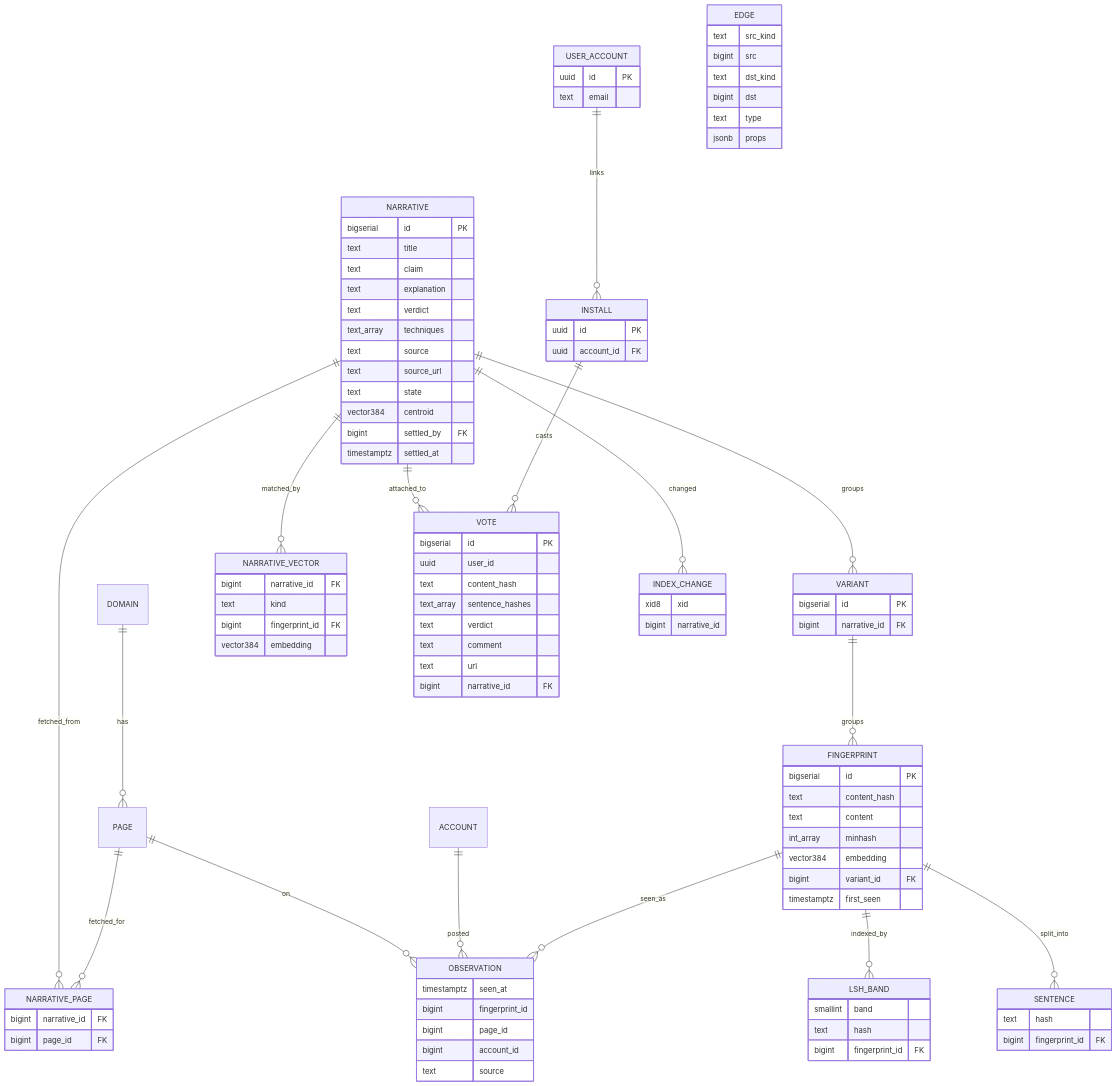
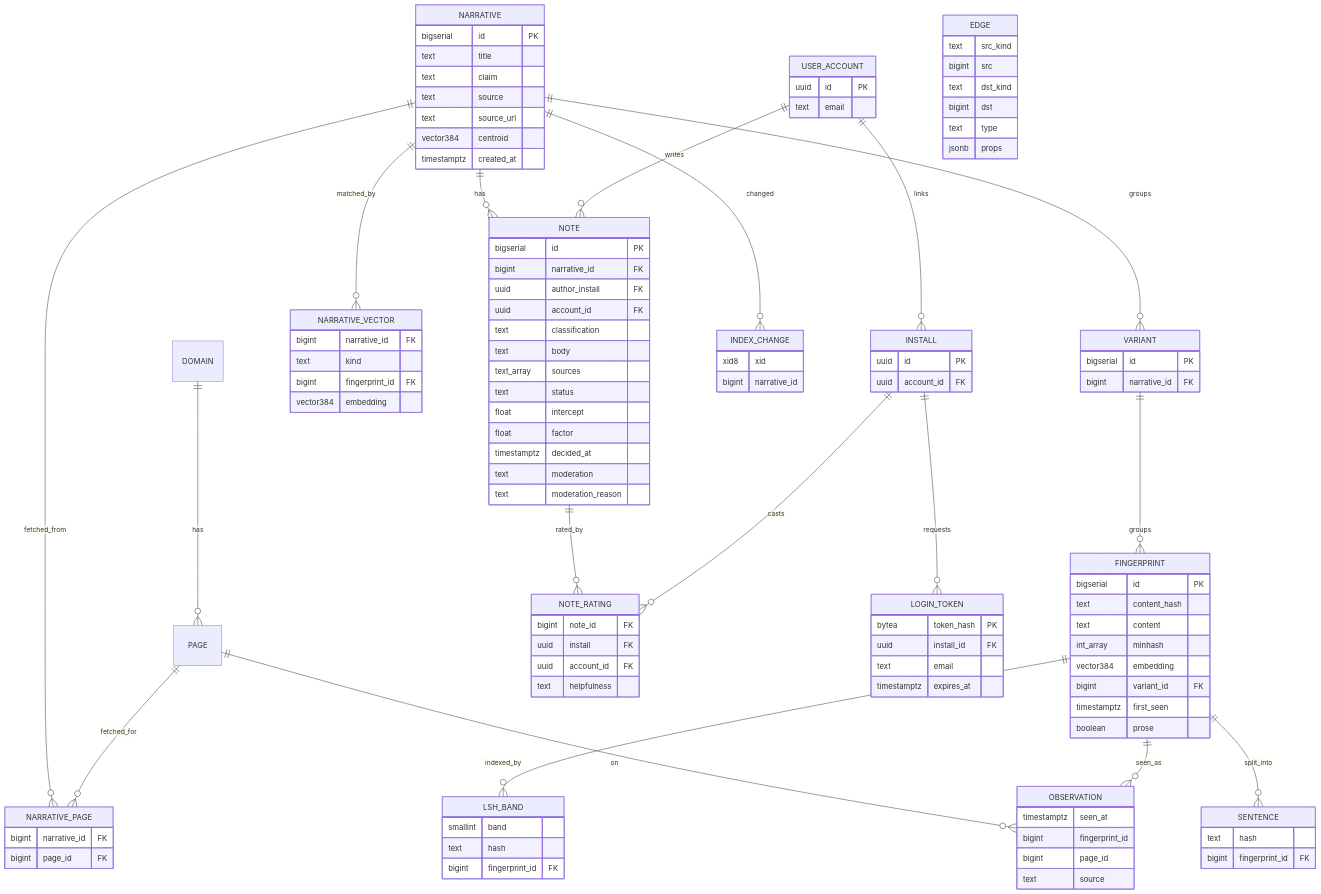
The second of 2 diagrams in docs/data-model.md (nlinnanen/konklaavi), drawn with Mermaid before and after one commit. The commit also changed other lines of this file and 6 other files, not shown here.

```diff
--- a/docs/data-model.md
+++ b/docs/data-model.md
@@ -45,7 +43,6 @@
 erDiagram
   DOMAIN ||--o{ PAGE : has
   PAGE ||--o{ OBSERVATION : on
-  ACCOUNT ||--o{ OBSERVATION : posted
   FINGERPRINT ||--o{ OBSERVATION : seen_as
   FINGERPRINT ||--o{ SENTENCE : split_into
   FINGERPRINT ||--o{ LSH_BAND : indexed_by
@@ -54,16 +51,18 @@
   NARRATIVE ||--o{ NARRATIVE_VECTOR : matched_by
   NARRATIVE ||--o{ NARRATIVE_PAGE : fetched_from
   PAGE ||--o{ NARRATIVE_PAGE : fetched_for
-  NARRATIVE ||--o{ VOTE : attached_to
+  NARRATIVE ||--o{ NOTE : has
   NARRATIVE ||--o{ INDEX_CHANGE : changed
+  NOTE ||--o{ NOTE_RATING : rated_by
   USER_ACCOUNT ||--o{ INSTALL : links
-  INSTALL ||--o{ VOTE : casts
+  USER_ACCOUNT ||--o{ NOTE : writes
+  INSTALL ||--o{ NOTE_RATING : casts
+  INSTALL ||--o{ LOGIN_TOKEN : requests
 
   OBSERVATION {
     timestamptz seen_at
     bigint fingerprint_id
     bigint page_id
-    bigint account_id
     text source
   }
   FINGERPRINT {
@@ -74,6 +73,7 @@
     vector384 embedding
     bigint variant_id FK
     timestamptz first_seen
+    boolean prose
   }
   SENTENCE {
     text hash
@@ -92,15 +92,10 @@
     bigserial id PK
     text title
     text claim
-    text explanation
-    text verdict
-    text_array techniques
     text source
     text source_url
-    text state
     vector384 centroid
-    bigint settled_by FK
-    timestamptz settled_at
+    timestamptz created_at
   }
   NARRATIVE_VECTOR {
     bigint narrative_id FK
@@ -112,15 +107,26 @@
     bigint narrative_id FK
     bigint page_id FK
   }
-  VOTE {
+  NOTE {
     bigserial id PK
-    uuid user_id
-    text content_hash
-    text_array sentence_hashes
-    text verdict
-    text comment
-    text url
     bigint narrative_id FK
+    uuid author_install FK
+    uuid account_id FK
+    text classification
+    text body
+    text_array sources
+    text status
+    float intercept
+    float factor
+    timestamptz decided_at
+    text moderation
+    text moderation_reason
+  }
+  NOTE_RATING {
+    bigint note_id FK
+    uuid install FK
+    uuid account_id FK
+    text helpfulness
   }
   USER_ACCOUNT {
     uuid id PK
@@ -129,6 +135,12 @@
   INSTALL {
     uuid id PK
     uuid account_id FK
+  }
+  LOGIN_TOKEN {
+    bytea token_hash PK
+    uuid install_id FK
+    text email
+    timestamptz expires_at
   }
   INDEX_CHANGE {
     xid8 xid
```
